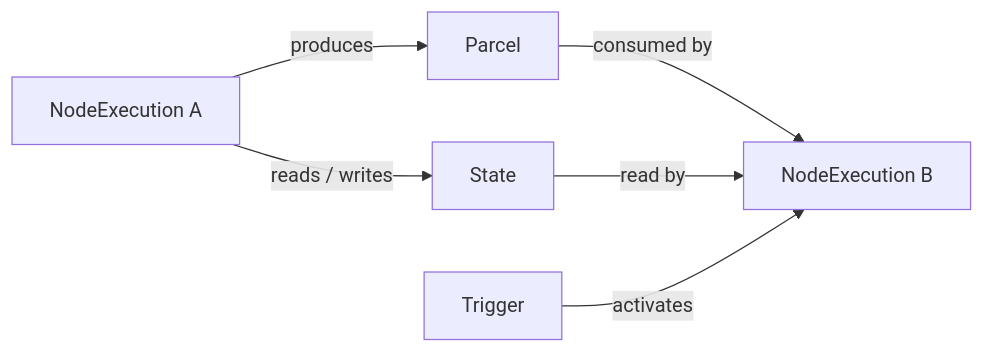
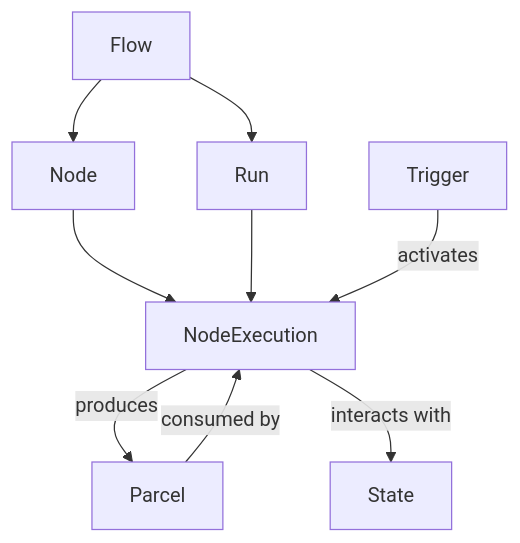
The second of 13 diagrams in roadmap.md (aam-cloudsky/Reed), drawn with Mermaid before and after one commit. The commit also changed other lines of this file, not shown here.

First line of the commit message:
Revise Reed Architectural Roadmap for clarity and structure

````diff
--- a/roadmap.md
+++ b/roadmap.md
@@ -109,10 +43,21 @@
 ```mermaid
-flowchart LR
-    NE1["NodeExecution A"] -->|"produces"| P["Parcel"]
-    P -->|"consumed by"| NE2["NodeExecution B"]
+flowchart TD
+    F["Flow"]
+    N["Node"]
+    R["Run"]
+    NE["NodeExecution"]
+    P["Parcel"]
+    S["State"]
+    T["Trigger"]
 
-    NE1 -->|"reads / writes"| S["State"]
-    S -->|"read by"| NE2
+    F --> N
+    F --> R
+    N --> NE
+    R --> NE
 
-    T["Trigger"] -->|"activates"| NE2
+    NE -->|"produces"| P
+    P -->|"consumed by"| NE
+
+    T -->|"activates"| NE
+    NE -->|"interacts with"| S
 ```
````
